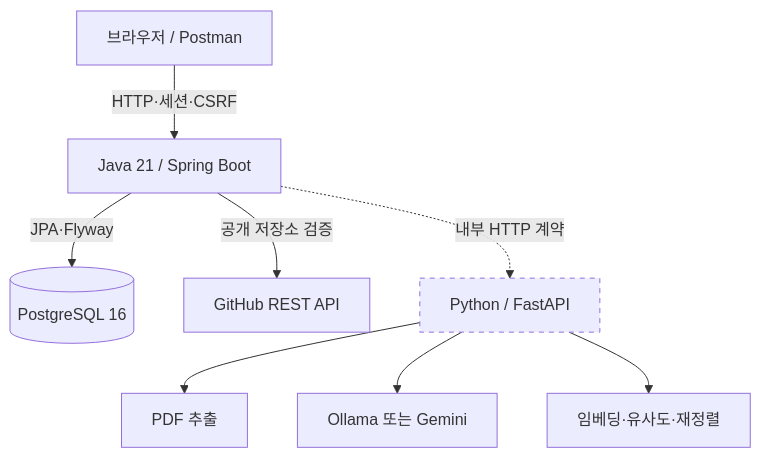
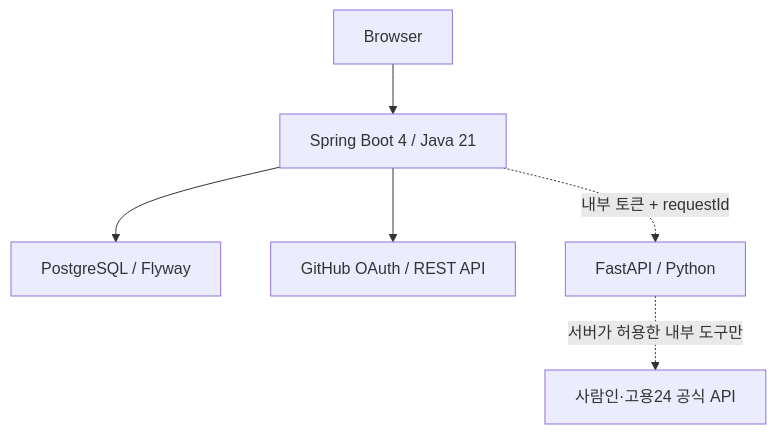
The second of 3 diagrams in README.md (hwang67120-bit/career-compass-ai), drawn with Mermaid before and after one commit. The commit also changed other lines of this file and 71 other files, not shown here.

````diff
--- a/README.md
+++ b/README.md
@@ -65,13 +50,8 @@
 ```mermaid
 flowchart TB
-    U["브라우저 / Postman"] -->|HTTP·세션·CSRF| J["Java 21 / Spring Boot"]
-    J -->|JPA·Flyway| P[("PostgreSQL 16")]
-    J -->|공개 저장소 검증| GH["GitHub REST API"]
-    J -.->|내부 HTTP 계약| PY["Python / FastAPI"]
-    PY --> PDF["PDF 추출"]
-    PY --> LLM["Ollama 또는 Gemini"]
-    PY --> SIM["임베딩·유사도·재정렬"]
-
-    classDef pending stroke-dasharray: 5 5;
-    class PY pending;
+    BROWSER["Browser"] --> JAVA["Spring Boot 4 / Java 21"]
+    JAVA --> POSTGRES["PostgreSQL / Flyway"]
+    JAVA --> GITHUB["GitHub OAuth / REST API"]
+    JAVA -. "내부 토큰 + requestId" .-> PYTHON["FastAPI / Python"]
+    PYTHON -. "서버가 허용한 내부 도구만" .-> JOBAPI["사람인·고용24 공식 API"]
 ```
````
